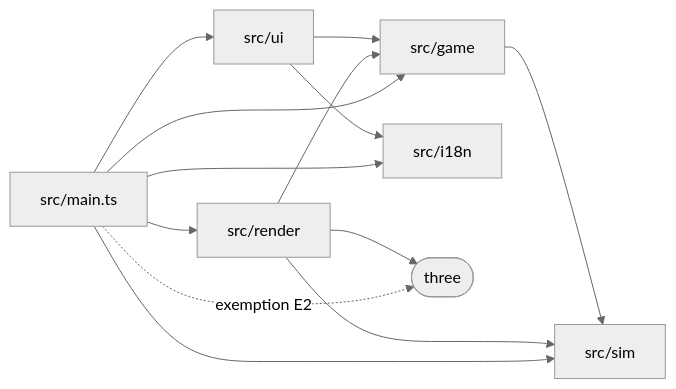
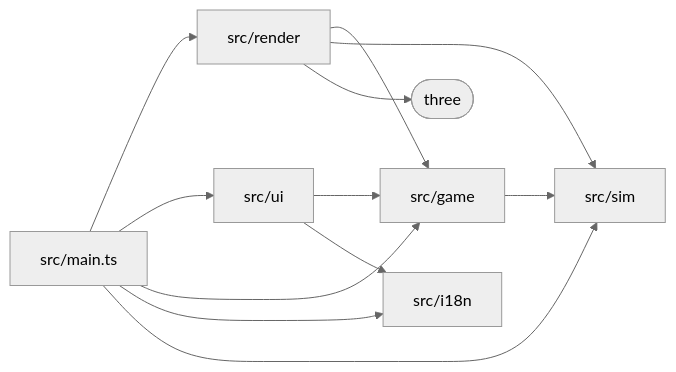
Before and after one commit to lucashg7892/pid-game: the second of 2 diagrams in docs/architecture.md, drawn with Mermaid (neutral theme). The commit also changed other lines of this file and 21 other files, not shown here.

````diff
--- a/docs/architecture.md
+++ b/docs/architecture.md
@@ -60,15 +90,14 @@
 ```mermaid
 flowchart LR
   main["src/main.ts"] --> render["src/render"]
   main --> ui["src/ui"]
   main --> game["src/game"]
   main --> i18n["src/i18n"]
   main --> sim["src/sim"]
-  main -. "exemption E2" .-> three(["three"])
   render --> game
   render --> sim
-  render --> three
+  render --> three(["three"])
   ui --> game
   ui --> i18n
   game --> sim
 ```
````
